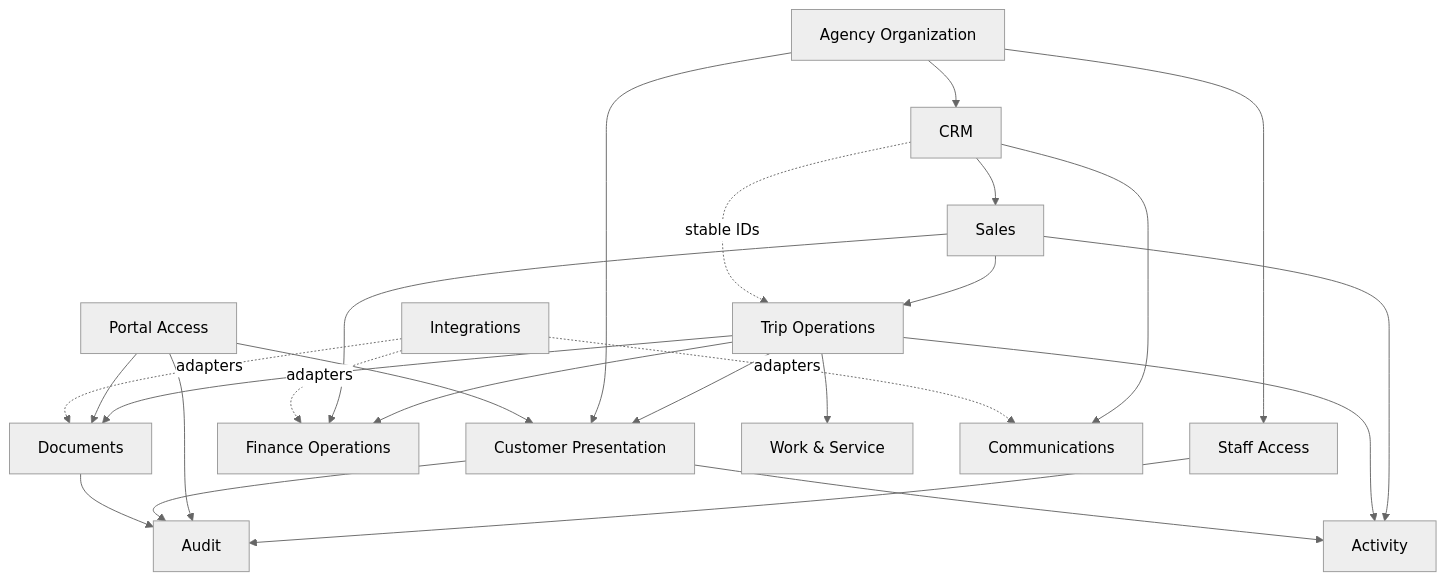
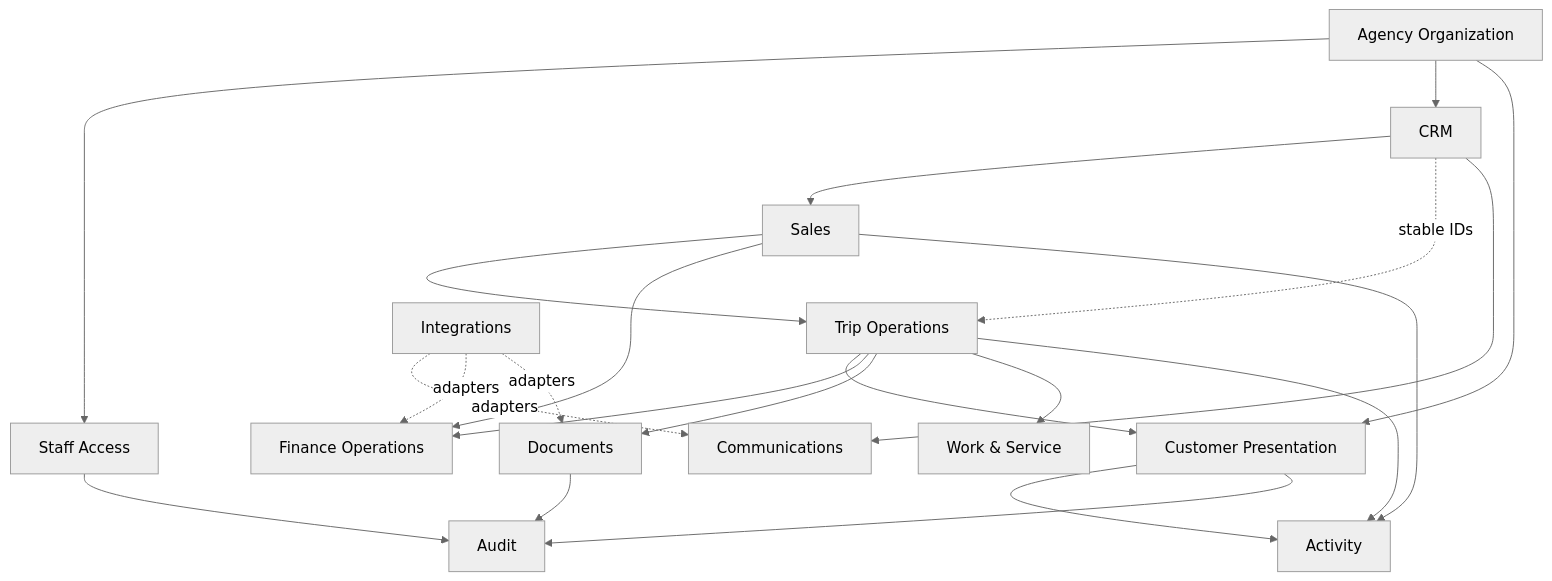
One commit to ruisilva-bit/TravelOS changed the diagram in docs/DOMAIN_MODEL.md. Above: the diagram before and after it, drawn with Mermaid (neutral theme). The commit also changed other lines of this file and 166 other files, not shown here.

````diff
--- a/docs/DOMAIN_MODEL.md
+++ b/docs/DOMAIN_MODEL.md
@@ -75,27 +73,24 @@
 ```mermaid
 flowchart TD
   ORG[Agency Organization] --> STAFF[Staff Access]
   ORG --> CRM
   CRM --> SALES[Sales]
   SALES --> TRIP[Trip Operations]
   CRM -. stable IDs .-> TRIP
   TRIP --> PUB[Customer Presentation]
   ORG --> PUB
-  PORTAL[Portal Access] --> PUB
   TRIP --> FIN[Finance Operations]
   SALES --> FIN
   TRIP --> DOC[Documents]
-  PORTAL --> DOC
   TRIP --> WORK[Work & Service]
   CRM --> COMM[Communications]
   SALES --> ACT[Activity]
   TRIP --> ACT
   PUB --> ACT
   STAFF --> AUDIT[Audit]
-  PORTAL --> AUDIT
   PUB --> AUDIT
   DOC --> AUDIT
   INT[Integrations] -. adapters .-> COMM
   INT -. adapters .-> FIN
   INT -. adapters .-> DOC
 ```
````
